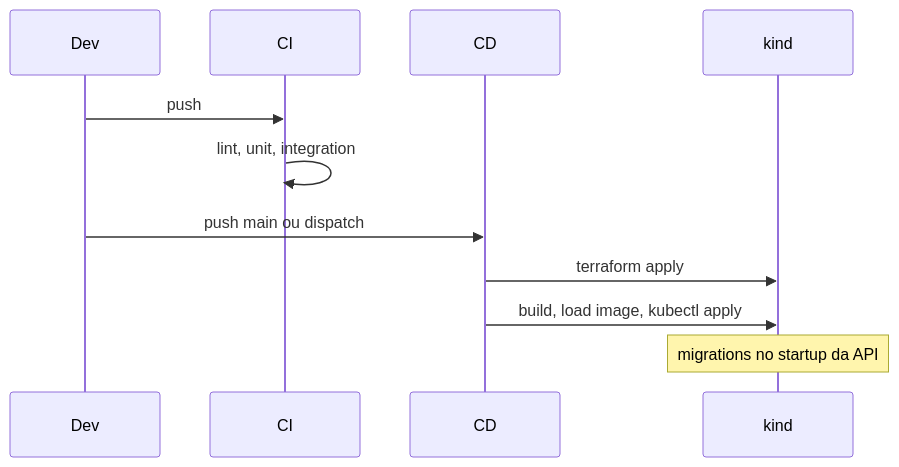
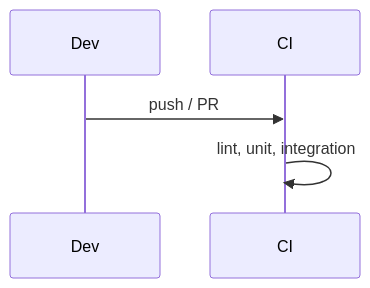
One commit to fiap-vcosta/api changed the fourth of 4 diagrams in README.md. Above: the diagram before and after it, drawn with Mermaid. The commit also changed other lines of this file and 3 other files, not shown here.

````diff
--- a/README.md
+++ b/README.md
@@ -58,13 +58,7 @@
 ```mermaid
 sequenceDiagram
   participant Dev
   participant CI as CI
-  participant CD as CD
-  participant Cluster as kind
-  Dev->>CI: push
+  Dev->>CI: push / PR
   CI->>CI: lint, unit, integration
-  Dev->>CD: push main ou dispatch
-  CD->>Cluster: terraform apply
-  CD->>Cluster: build, load image, kubectl apply
-  Note over Cluster: migrations no startup da API
 ```
````
